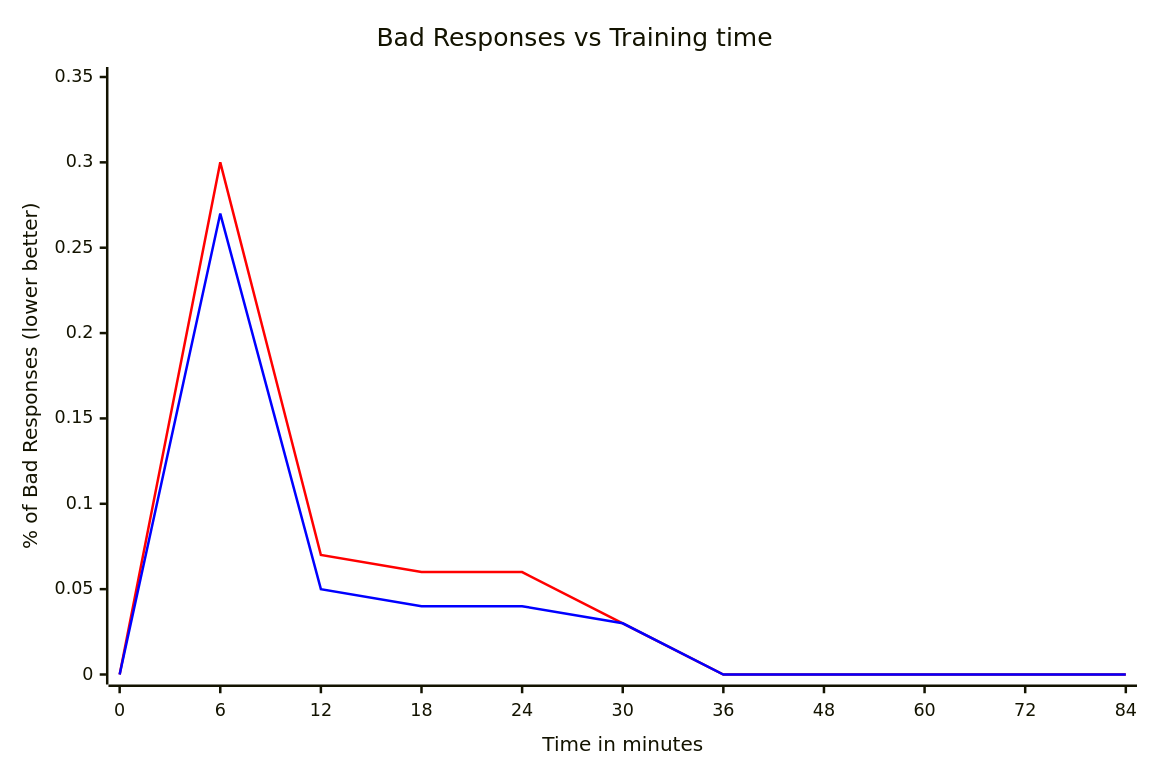
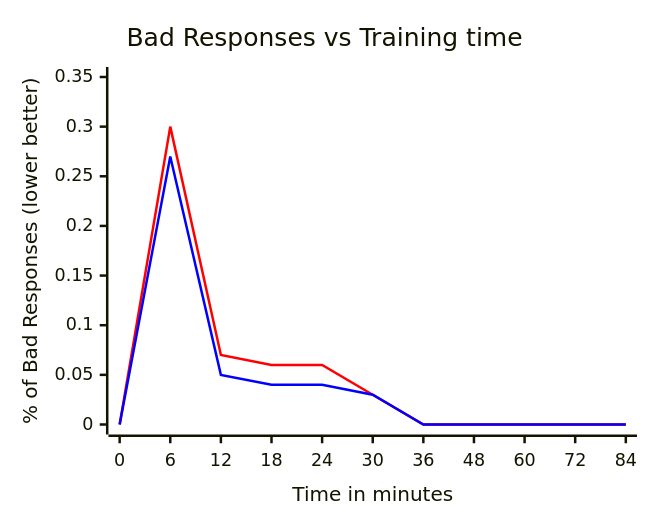
One commit to zalyoung/gitlab-handbook changed the fifth of 5 diagrams in content/handbook/engineering/architecture/design-documents/self_hosted_finetuning/_index.md. Above: the diagram before and after it, drawn with Mermaid. The commit also changed other lines of this file, not shown here.

Commit message:
Adjust graph size

````diff
--- a/content/handbook/engineering/architecture/design-documents/self_hosted_finetuning/_index.md
+++ b/content/handbook/engineering/architecture/design-documents/self_hosted_finetuning/_index.md
@@ -248,18 +246,18 @@
 ```mermaid
 ---
 config:
     xyChart:
-        width: 900
-        height: 600
+        width: 500
+        height: 400
     themeVariables:
         xyChart:
             plotColorPalette: "#ff0000, #0000ff"
 ---
 xychart-beta
     title "Bad Responses vs Training time"
     x-axis "Time in minutes" [0, 6, 12, 18, 24, 30, 36, 48, 60, 72, 84]
     y-axis "% of Bad Responses (lower better)" 0.0 --> 0.35
     line [0.0, 0.3, 0.07, 0.06, 0.06, 0.03, 0.0, 0.0, 0.0, 0.0, 0.0]
     line [0.0, 0.27, 0.05, 0.04, 0.04, 0.03, 0.0, 0.0, 0.0, 0.0, 0.0]
 
 ```
````
